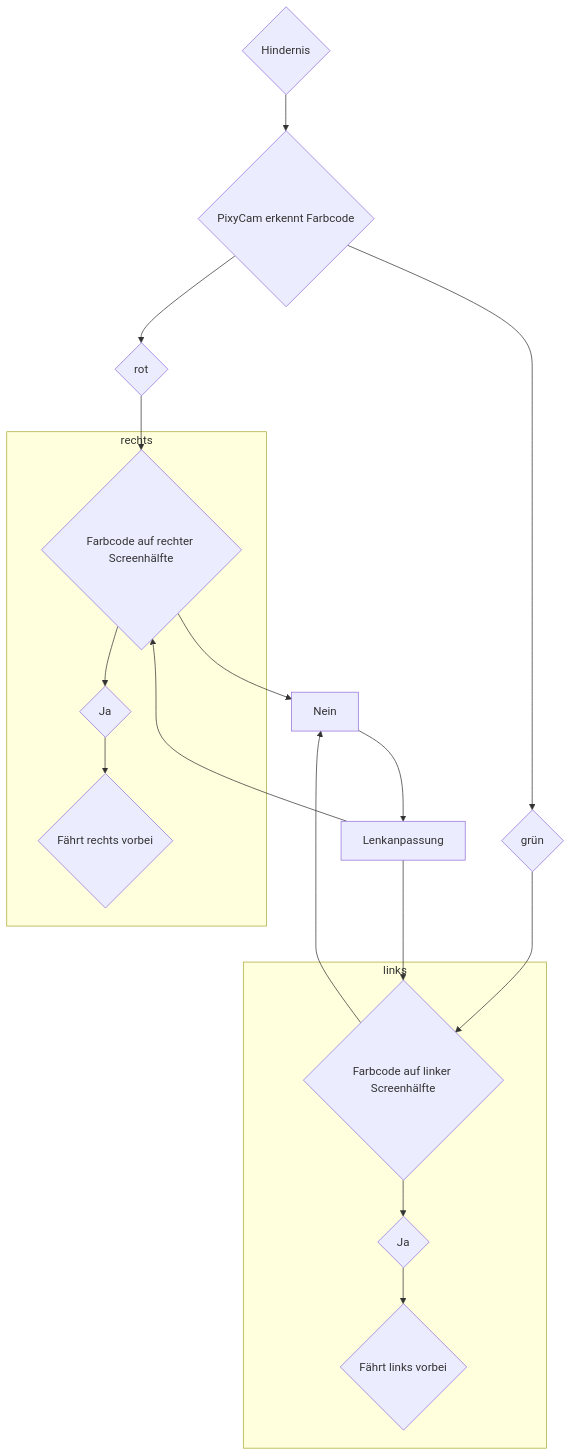
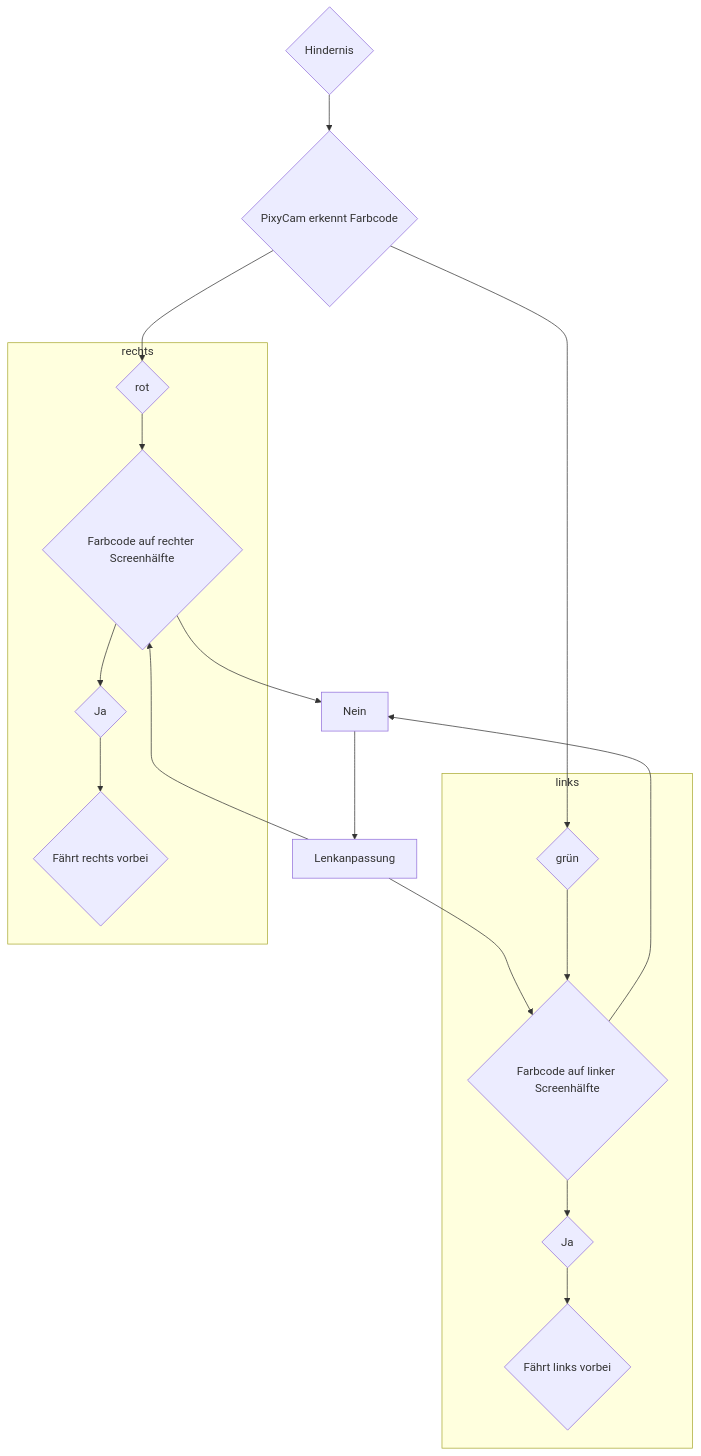
Before and after one commit to SchroedingersBit/PfortGTPanama: the diagram in Programme/Hindernisrennen/README.md, drawn with Mermaid.

````diff
--- a/Programme/Hindernisrennen/README.md
+++ b/Programme/Hindernisrennen/README.md
@@ -4,27 +4,27 @@
 ```mermaid
 graph TB;
-B-->C{rot}-->C2{Farbcode auf rechter Screenhälfte};
+B-->C{rot};
 A{Hindernis} -->B{PixyCam erkennt Farbcode};
-B-->E{grün}-->C1{Farbcode auf linker Screenhälfte};
+B-->E{grün};
 C1 --> Nein;
 Nein --> Lenkanpassung;
 C2 --> Nein; 
 Lenkanpassung-->C1;
 Lenkanpassung -->C2;
 
 subgraph links
-
+E-->C1{Farbcode auf linker Screenhälfte};
 
 
 C1-->J1{Ja};
 J1-->R{Fährt links vorbei};
 end
 
 subgraph rechts
-
+C-->C2{Farbcode auf rechter Screenhälfte};
 
 
 C2-->J2{Ja};
 J2-->L{Fährt rechts vorbei};
 end
 ```
````
